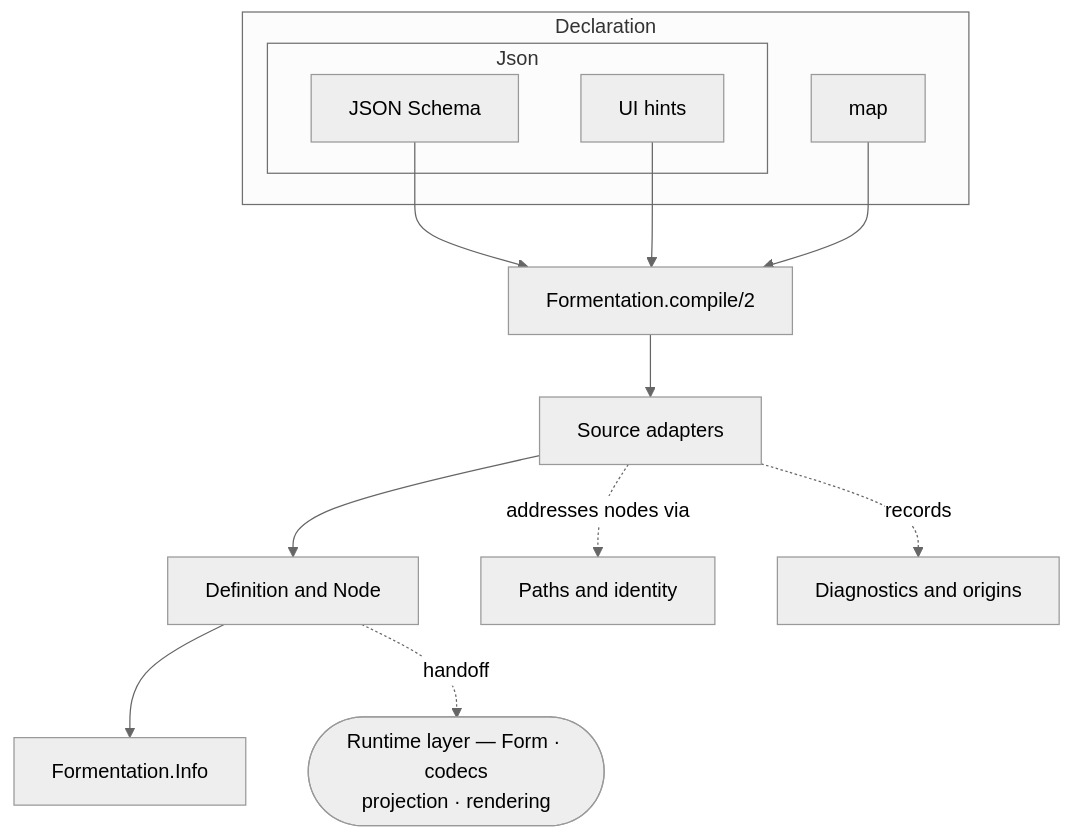
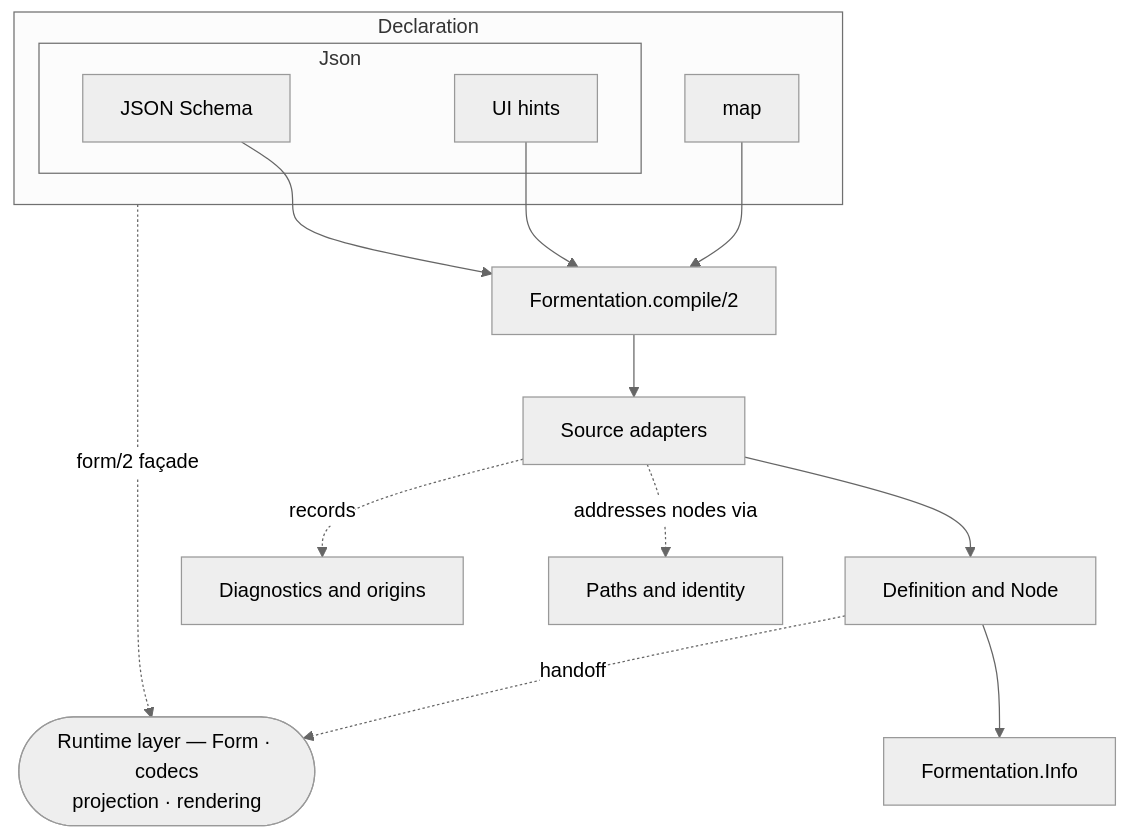
Before and after one commit to kioopi/formentation: the diagram in docs/Formentation/Techdocs/compile-pipeline.md, drawn with Mermaid (neutral theme). The commit also changed other lines of this file and 6 other files, not shown here.

````diff
--- a/docs/Formentation/Techdocs/compile-pipeline.md
+++ b/docs/Formentation/Techdocs/compile-pipeline.md
@@ -20,27 +20,28 @@
 ```mermaid
 flowchart TD
     subgraph Declaration
 	    subgraph Json 
 	      Jsonschema["JSON Schema"]
 	      Ui["UI hints"]
 		end
        Map["map"]
 	end
     Compile["Formentation.compile/2"]
     Adapter["Source adapters"]
     Def["Definition and Node"]
     Info["Formentation.Info"]
     Runtime(["Runtime layer — Form · codecs<br/>projection · rendering"])
 
     Jsonschema --> Compile --> Adapter --> Def --> Info
 	Ui --> Compile
 	Map --> Compile
     Def -. handoff .-> Runtime
+    Declaration -.->|"form/2 façade"| Runtime
 
     Paths["Paths and identity"]
     Diag["Diagnostics and origins"]
     Adapter -. addresses nodes via .-> Paths
     Adapter -. records .-> Diag
 
     class Adapter,Def,Paths,Diag internal-link
 ```
````
